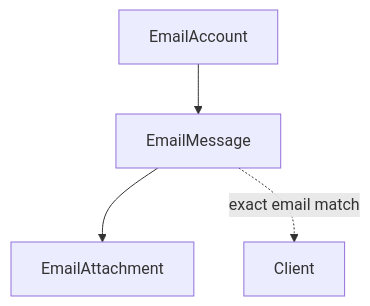
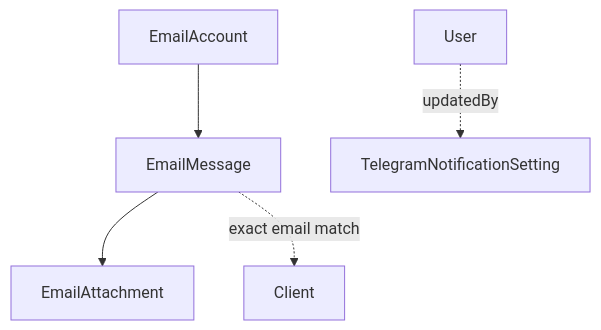
The diagram in docs/domain/communication.md (Myrhoiazov/ddc-nl-crm), drawn with Mermaid before and after one commit. The commit also changed other lines of this file and 10 other files, not shown here.

````diff
--- a/docs/domain/communication.md
+++ b/docs/domain/communication.md
@@ -110,6 +124,7 @@
 ```mermaid
 graph TD
     EmailAccount --> EmailMessage
     EmailMessage --> EmailAttachment
     EmailMessage -.exact email match.-> Client
+    User -.updatedBy.-> TelegramNotificationSetting
 ```
````
